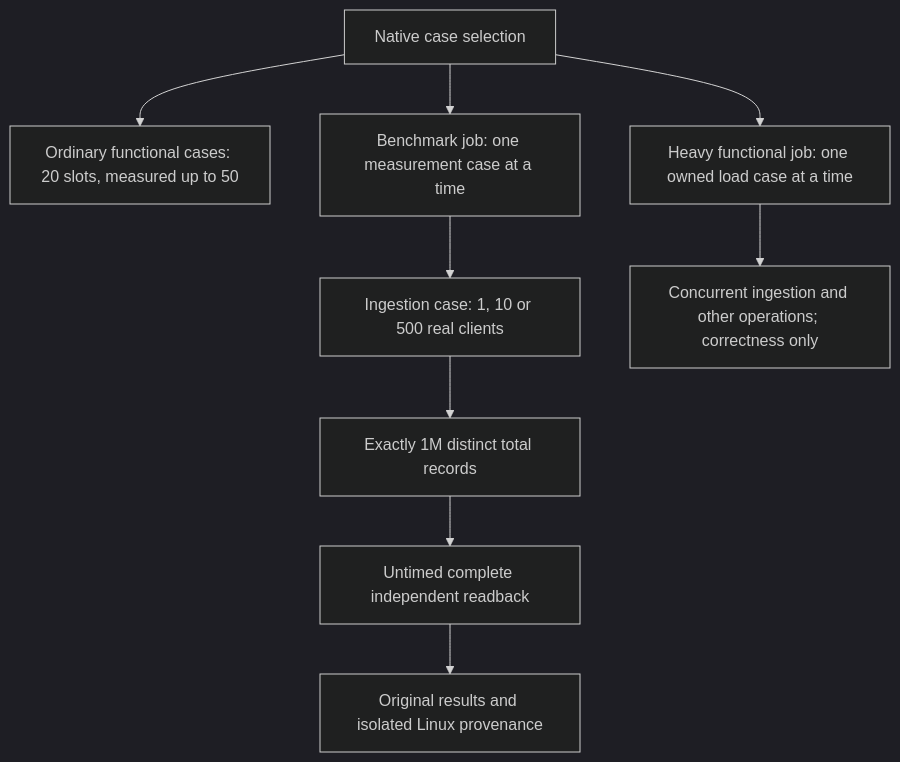
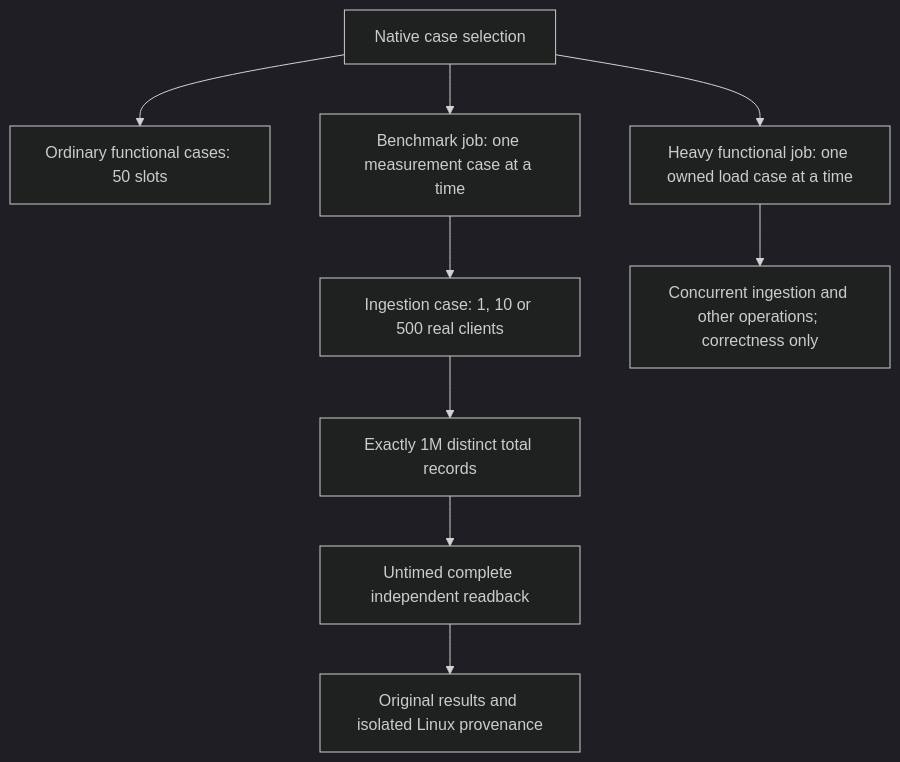
Before and after one commit to managedcode/KeyLoad: the second of 2 diagrams in docs/Features/BenchmarkComparisons/ScalingQualification.md, drawn with Mermaid (dark theme). The commit also changed other lines of this file and 7356 other files, not shown here.

````diff
--- a/docs/Features/BenchmarkComparisons/ScalingQualification.md
+++ b/docs/Features/BenchmarkComparisons/ScalingQualification.md
@@ -877,11 +234,11 @@
 ```mermaid
 flowchart TD
-    Selection[Native case selection] --> Ordinary[Ordinary functional cases: 20 slots, measured up to 50]
+    Selection[Native case selection] --> Ordinary[Ordinary functional cases: 50 slots]
     Selection --> Measurement[Benchmark job: one measurement case at a time]
     Selection --> Heavy[Heavy functional job: one owned load case at a time]
     Measurement --> Clients[Ingestion case: 1, 10 or 500 real clients]
     Clients --> Records[Exactly 1M distinct total records]
     Records --> Readback[Untimed complete independent readback]
     Readback --> Original[Original results and isolated Linux provenance]
     Heavy --> Correctness[Concurrent ingestion and other operations; correctness only]
 ```
````
